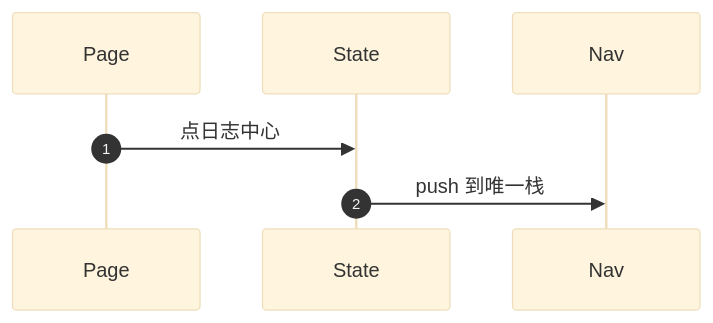
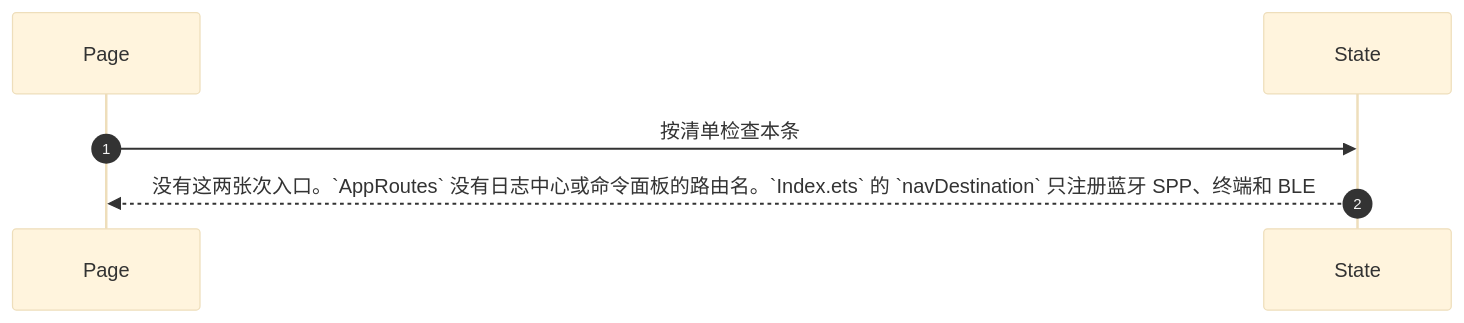
One commit to yohurm/HarmonyOS-YoWireTools changed the third of 4 diagrams in docs/goal/architecture/workbench/WB-006.md. Above: the diagram before and after it, drawn with Mermaid (base theme). The commit also changed other lines of this file and 30 other files, not shown here.

````diff
--- a/docs/goal/architecture/workbench/WB-006.md
+++ b/docs/goal/architecture/workbench/WB-006.md
@@ -73,9 +84,8 @@
 ```mermaid
 sequenceDiagram
   autonumber
   participant Page
   participant State
-  participant Nav
-  Page->>State: 点日志中心
-  State->>Nav: push 到唯一栈
+  Page->>State: 按清单检查本条
+  State-->>Page: 没有这两张次入口。`AppRoutes` 没有日志中心或命令面板的路由名。`Index.ets` 的 `navDestination` 只注册蓝牙 SPP、终端和 BLE
 ```
````
